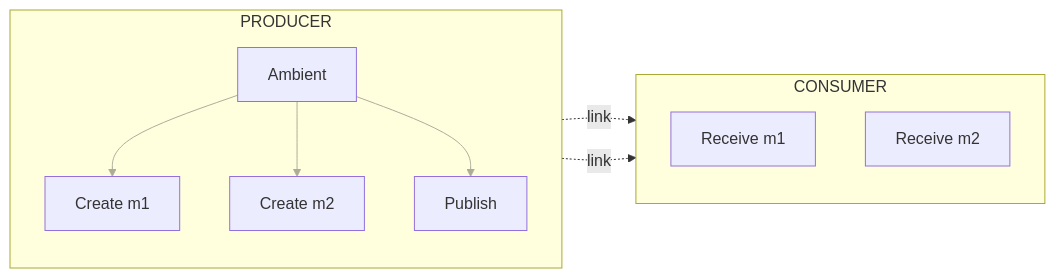
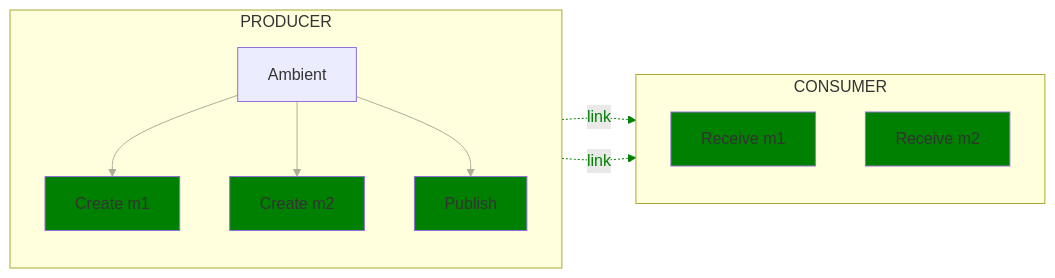
One commit to open-telemetry/oteps changed the ninth of 13 diagrams in text/trace/0220-messaging-semantic-conventions-span-structure.md. Above: the diagram before and after it, drawn with Mermaid. The commit also changed other lines of this file, not shown here.

Commit message:
Fix mermaid colors

````diff
--- a/text/trace/0220-messaging-semantic-conventions-span-structure.md
+++ b/text/trace/0220-messaging-semantic-conventions-span-structure.md
@@ -427,20 +454,23 @@
 ```mermaid
 flowchart LR;
   subgraph PRODUCER
   direction TB
   A[Ambient]-->CM1[Create m1]
   A-->CM2[Create m2]
   A-->P[Publish]
   end
   subgraph CONSUMER
   direction TB
   RM1[Receive m1]
   RM2[Receive m2]
   end
   CM1-. link .->RM1;
   CM2-. link .->RM2;
 
+  classDef normal fill:green
+  class CM1,CM2,P,RM1,RM2 normal
   classDef additional opacity:0.4
   class additional A
   linkStyle 0,1,2 opacity:0.4
+  linkStyle 3,4 color:green,stroke:green
 ```
````
